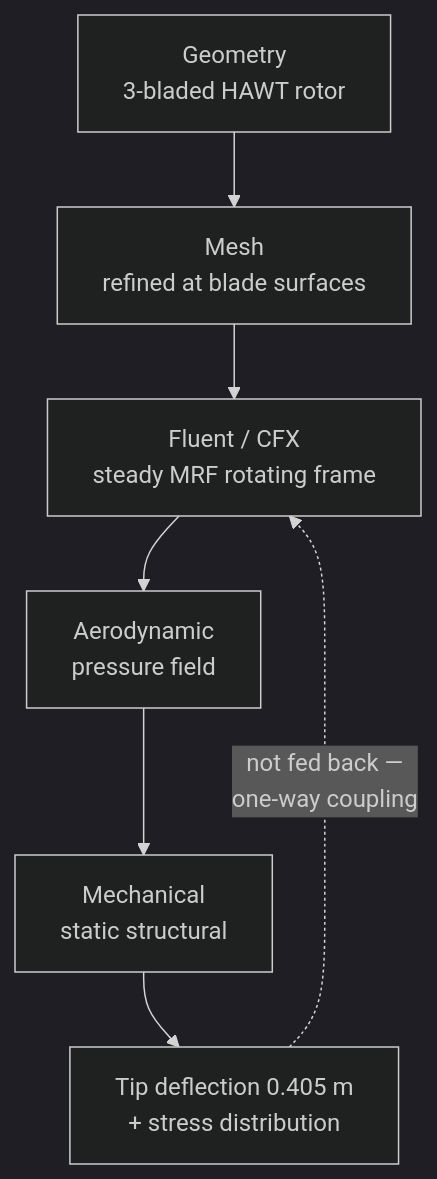
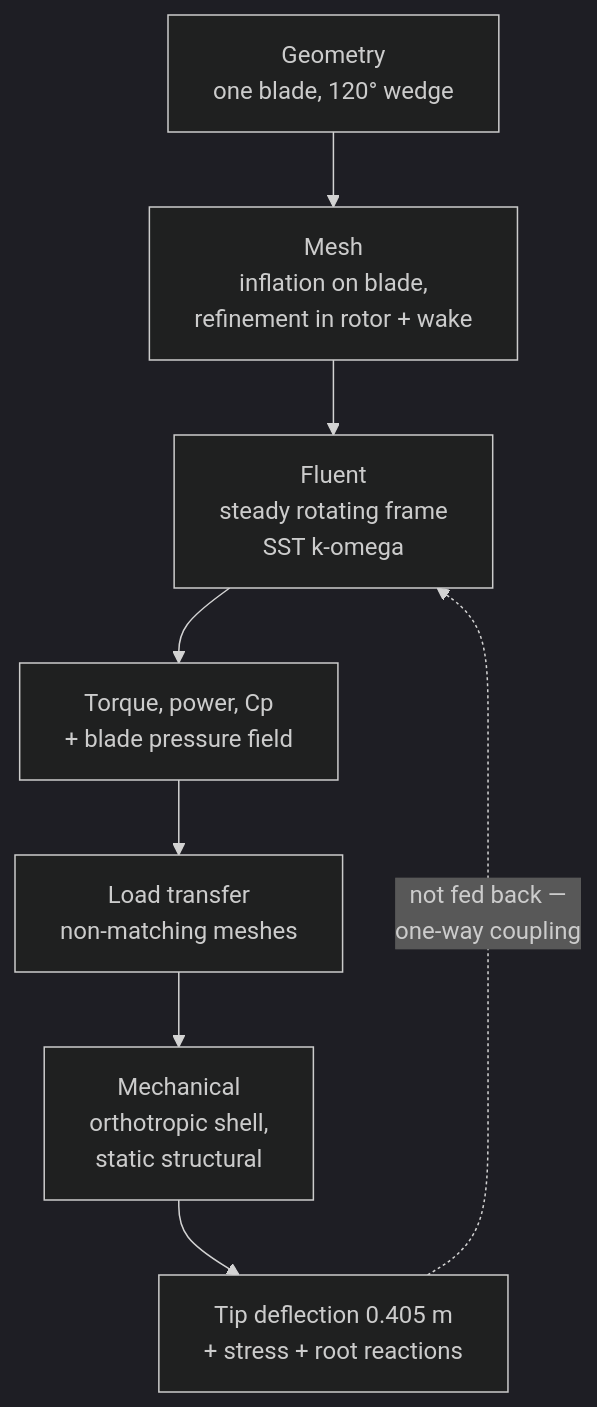
Before and after one commit to Jadbadawi/Simulation: the diagram in README.md, drawn with Mermaid (dark theme). The commit also changed other lines of this file and 1 other file, not shown here.

````diff
--- a/README.md
+++ b/README.md
@@ -155,9 +159,10 @@
 ```mermaid
 flowchart TD
-    G["Geometry<br/>3-bladed HAWT rotor"] --> M["Mesh<br/>refined at blade surfaces"]
-    M --> C["Fluent / CFX<br/>steady MRF rotating frame"]
-    C --> P["Aerodynamic<br/>pressure field"]
-    P --> S["Mechanical<br/>static structural"]
-    S --> R["Tip deflection 0.405 m<br/>+ stress distribution"]
+    G["Geometry<br/>one blade, 120° wedge"] --> M["Mesh<br/>inflation on blade,<br/>refinement in rotor + wake"]
+    M --> C["Fluent<br/>steady rotating frame<br/>SST k-omega"]
+    C --> P["Torque, power, Cp<br/>+ blade pressure field"]
+    P --> X["Load transfer<br/>non-matching meshes"]
+    X --> S["Mechanical<br/>orthotropic shell,<br/>static structural"]
+    S --> R["Tip deflection 0.405 m<br/>+ stress + root reactions"]
     R -.->|"not fed back —<br/>one-way coupling"| C
 ```
````
